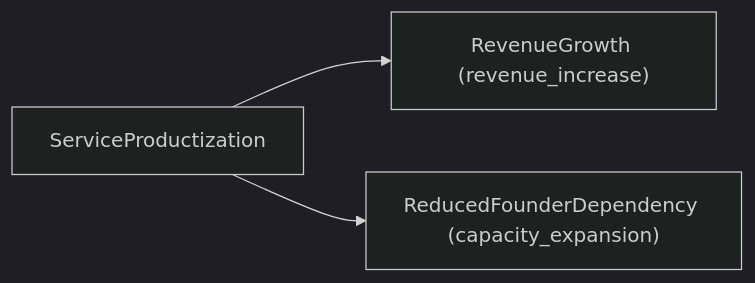
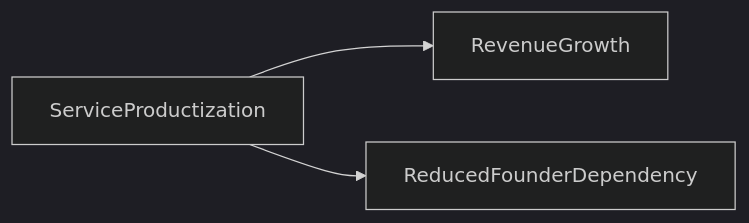
The third of 5 diagrams in agent-guidelines/output-formats.md (celvaron/celvaron-csl), drawn with Mermaid (dark theme) before and after one commit. The commit also changed other lines of this file and 5 other files, not shown here.

First line of the commit message:
Fix spec/example inconsistencies and update Mermaid node naming

````diff
--- a/agent-guidelines/output-formats.md
+++ b/agent-guidelines/output-formats.md
@@ -161,9 +161,9 @@
 ```mermaid
 graph LR
-    offering_ServiceProductization["ServiceProductization"]
-    outcome_RevenueGrowth["RevenueGrowth (revenue_increase)"]
-    outcome_ReducedFounderDep["ReducedFounderDependency (capacity_expansion)"]
+    ServiceProductization["ServiceProductization"]
+    RevenueGrowth["RevenueGrowth"]
+    ReducedFounderDependency["ReducedFounderDependency"]
 
-    offering_ServiceProductization --> outcome_RevenueGrowth
-    offering_ServiceProductization --> outcome_ReducedFounderDep
+    ServiceProductization --> RevenueGrowth
+    ServiceProductization --> ReducedFounderDependency
 ```
````
